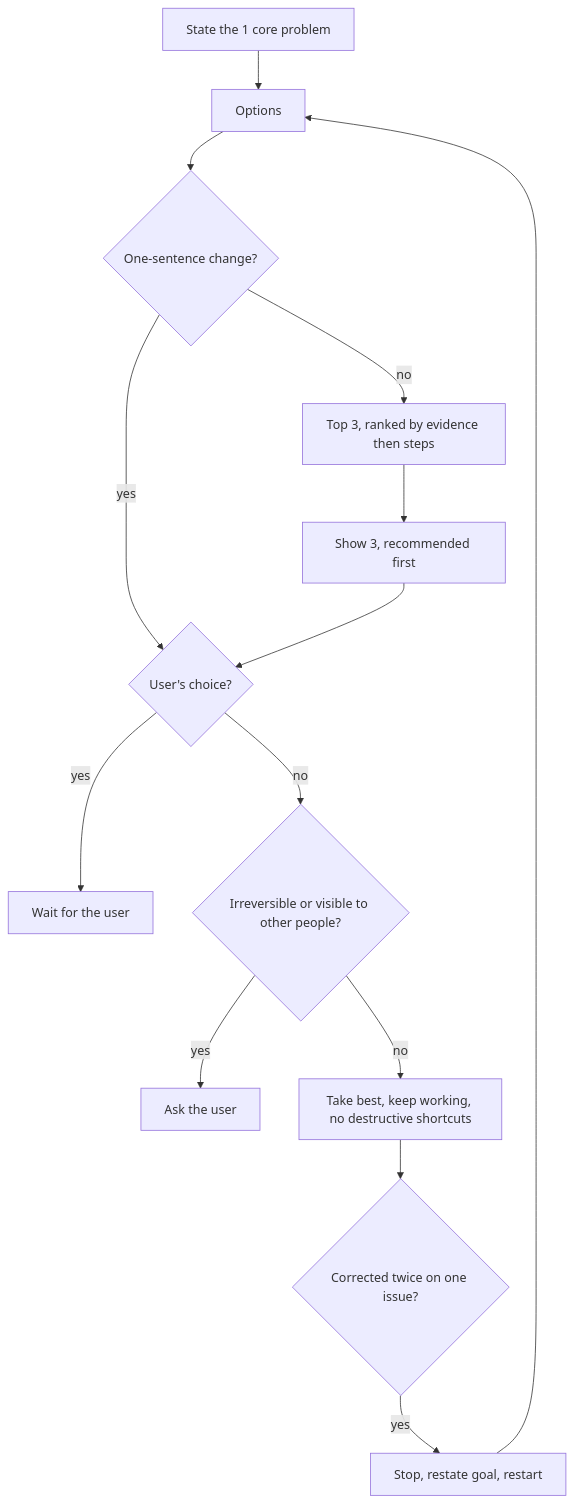
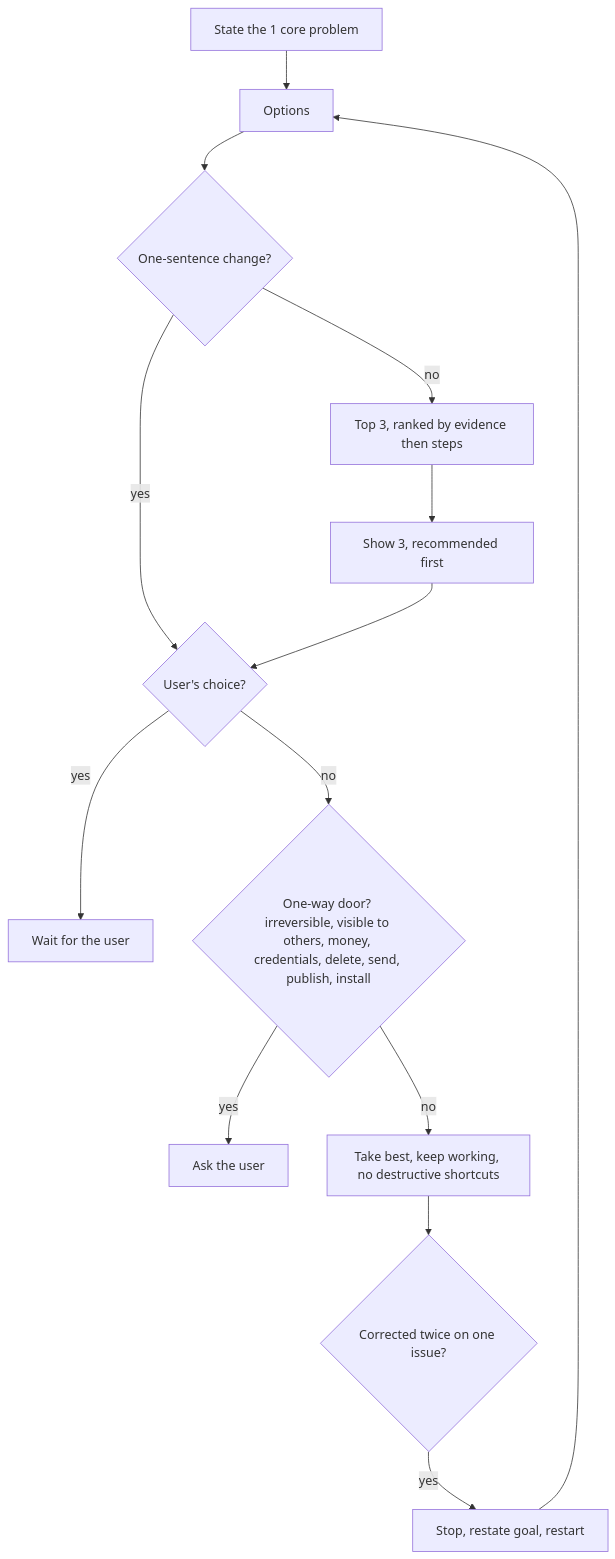
One commit to SolenixAI/arbiter changed the ninth of 14 diagrams in AGENTS.md. Above: the diagram before and after it, drawn with Mermaid. The commit also changed other lines of this file, not shown here.

First line of the commit message:
fix(agents): ask before private data, installs and one-way doors

````diff
--- a/AGENTS.md
+++ b/AGENTS.md
@@ -325,13 +325,13 @@
 ```mermaid
 flowchart TD
   P1[State the 1 core problem] --> O[Options] --> OS{One-sentence change?}
   OS -->|yes| Q
   OS -->|no| T[Top 3, ranked by evidence then steps] --> S[Show 3, recommended first]
   S --> Q{User's choice?}
   Q -->|yes| W[Wait for the user]
-  Q -->|no| A{Irreversible or visible to other people?}
+  Q -->|no| A{One-way door? irreversible, visible to others, money, credentials, delete, send, publish, install}
   A -->|yes| U[Ask the user]
   A -->|no| X[Take best, keep working, no destructive shortcuts]
   X --> K{Corrected twice on one issue?}
   K -->|yes| Z[Stop, restate goal, restart] --> O
 ```
````
